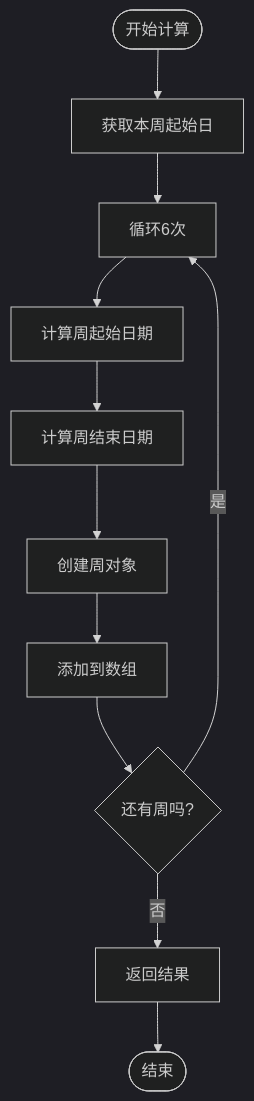
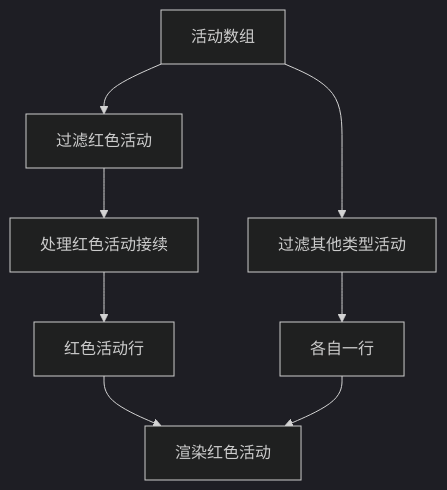
The sixth of 10 diagrams in .qoder/repowiki/zh/content/核心组件/GameCalendar 主容器组件.md (xuanyulingnfeg/gameCalendar), drawn with Mermaid (dark theme) before and after one commit. The commit also changed other lines of this file and 5 other files, not shown here.

````diff
--- a/.qoder/repowiki/zh/content/核心组件/GameCalendar 主容器组件.md
+++ b/.qoder/repowiki/zh/content/核心组件/GameCalendar 主容器组件.md
@@ -287,13 +279,10 @@
 ```mermaid
 flowchart TD
-Start([开始计算]) --> GetWeekStart[获取本周起始日]
-GetWeekStart --> Loop[循环6次]
-Loop --> CalculateStart[计算周起始日期]
-CalculateStart --> CalculateEnd[计算周结束日期]
-CalculateEnd --> CreateWeek[创建周对象]
-CreateWeek --> PushToArray[添加到数组]
-PushToArray --> NextIteration{还有周吗?}
-NextIteration --> |是| Loop
-NextIteration --> |否| ReturnResult[返回结果]
-ReturnResult --> End([结束])
+Activities[活动数组] --> FilterRed[过滤红色活动]
+FilterRed --> ProcessRed[处理红色活动接续]
+ProcessRed --> RedRow[红色活动行]
+Activities --> FilterOther[过滤其他类型活动]
+FilterOther --> OtherRows[各自一行]
+RedRow --> Render[渲染红色活动]
+OtherRows --> Render
 ```
````
